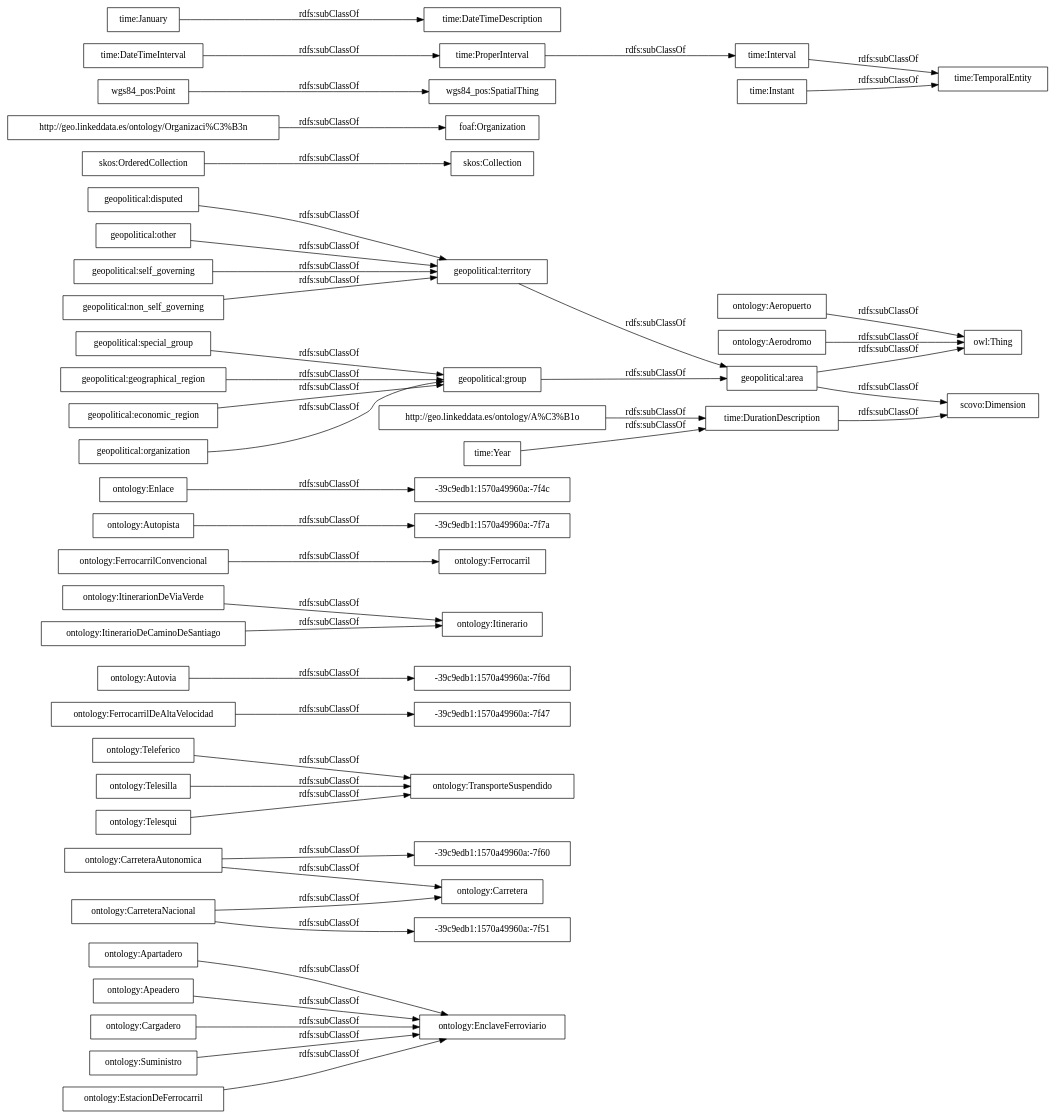
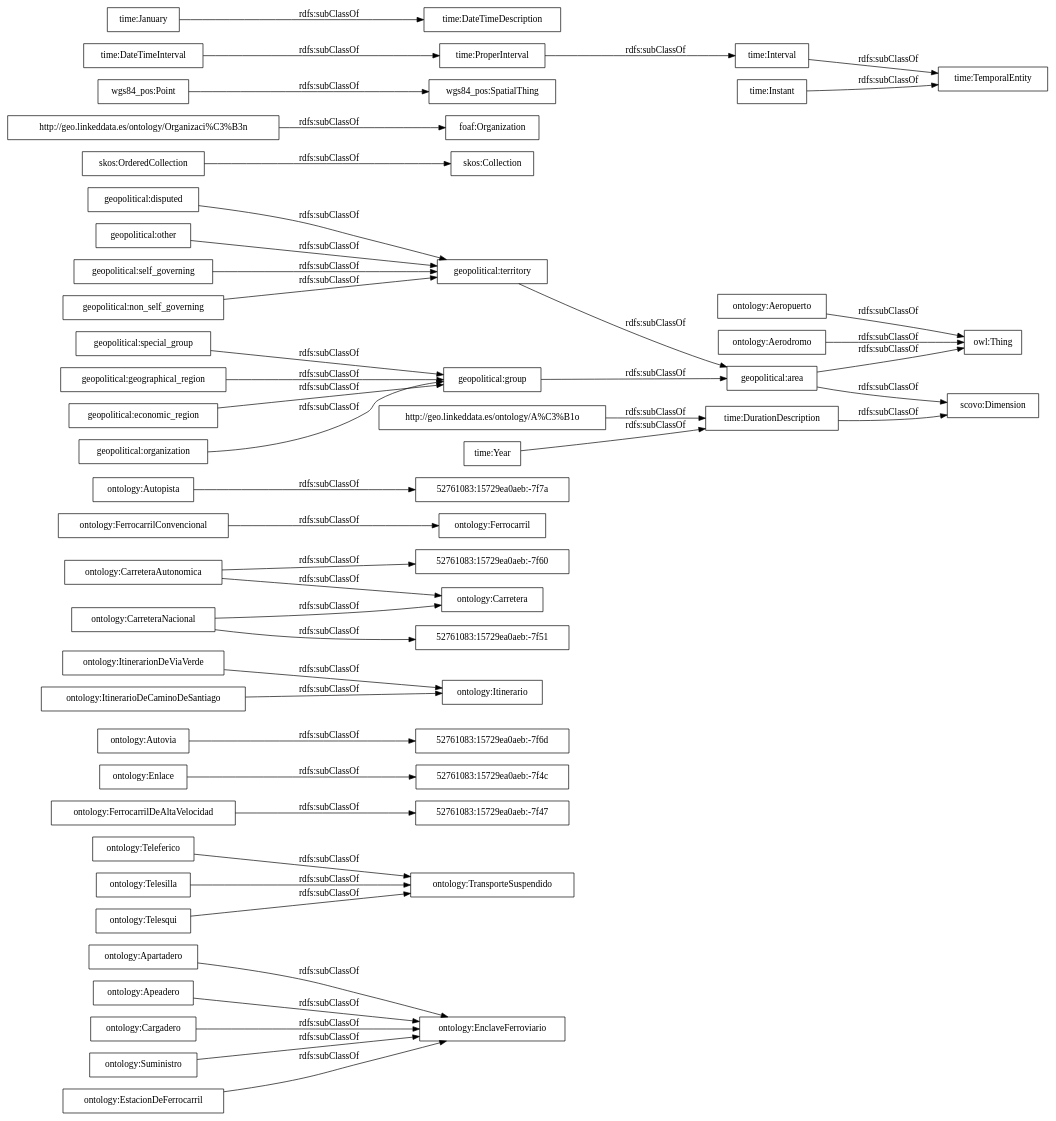
Before and after one commit to OnToologyUser/btn100-ontology: the diagram in OnToology/transports.owl/diagrams/ar2dtool-taxonomy/transports.owl.png.dot, drawn with Graphviz. The commit also changed 662 other files, not shown here.

```diff
--- a/OnToology/transports.owl/diagrams/ar2dtool-taxonomy/transports.owl.png.dot
+++ b/OnToology/transports.owl/diagrams/ar2dtool-taxonomy/transports.owl.png.dot
@@ -1,50 +1,50 @@
 digraph ar2dtool_diagram { 
 rankdir=LR;
 size="1000"
-node [shape = rectangle, color="black"]; "ontology:Apartadero" "-39c9edb1:1570a49960a:-7f60" "ontology:Teleferico" "ontology:Telesilla" "-39c9edb1:1570a49960a:-7f47" "ontology:FerrocarrilDeAltaVelocidad" "ontology:Apeadero" "ontology:Autovia" "-39c9edb1:1570a49960a:-7f6d" "ontology:EnclaveFerroviario" "ontology:TransporteSuspendido" "ontology:ItinerarionDeViaVerde" "ontology:Itinerario" "ontology:Ferrocarril" "ontology:CarreteraAutonomica" "-39c9edb1:1570a49960a:-7f51" "ontology:FerrocarrilConvencional" "ontology:ItinerarioDeCaminoDeSantiago" "ontology:Cargadero" "-39c9edb1:1570a49960a:-7f7a" "ontology:Enlace" "ontology:CarreteraNacional" "ontology:Telesqui" "ontology:Suministro" "-39c9edb1:1570a49960a:-7f4c" "ontology:Carretera" "ontology:EstacionDeFerrocarril" "ontology:Aerodromo" "owl:Thing" "ontology:Autopista" "ontology:Aeropuerto" "skos:OrderedCollection" "skos:Collection" "foaf:Organization" "time:DurationDescription" "wgs84_pos:SpatialThing" "scovo:Dimension" "http://geo.linkeddata.es/ontology/Organizaci%C3%B3n" "http://geo.linkeddata.es/ontology/A%C3%B1o" "geopolitical:territory" "geopolitical:area" "time:DateTimeInterval" "time:January" "time:ProperInterval" "time:Interval" "time:TemporalEntity" "time:Year" "time:DateTimeDescription" "time:Instant" "geopolitical:disputed" "geopolitical:special_group" "geopolitical:group" "geopolitical:geographical_region" "geopolitical:other" "geopolitical:economic_region" "geopolitical:self_governing" "geopolitical:non_self_governing" "geopolitical:organization" ; /*classes style*/
+node [shape = rectangle, color="black"]; "ontology:Apartadero" "ontology:Teleferico" "ontology:Telesilla" "52761083:15729ea0aeb:-7f47" "52761083:15729ea0aeb:-7f4c" "ontology:FerrocarrilDeAltaVelocidad" "ontology:Apeadero" "ontology:Autovia" "ontology:EnclaveFerroviario" "ontology:TransporteSuspendido" "ontology:ItinerarionDeViaVerde" "52761083:15729ea0aeb:-7f60" "ontology:Itinerario" "ontology:Ferrocarril" "52761083:15729ea0aeb:-7f6d" "ontology:CarreteraAutonomica" "52761083:15729ea0aeb:-7f51" "ontology:FerrocarrilConvencional" "ontology:ItinerarioDeCaminoDeSantiago" "ontology:Cargadero" "52761083:15729ea0aeb:-7f7a" "ontology:Enlace" "ontology:CarreteraNacional" "ontology:Telesqui" "ontology:Suministro" "ontology:Carretera" "ontology:EstacionDeFerrocarril" "ontology:Aerodromo" "owl:Thing" "ontology:Autopista" "ontology:Aeropuerto" "skos:OrderedCollection" "skos:Collection" "foaf:Organization" "time:DurationDescription" "wgs84_pos:SpatialThing" "scovo:Dimension" "http://geo.linkeddata.es/ontology/Organizaci%C3%B3n" "http://geo.linkeddata.es/ontology/A%C3%B1o" "geopolitical:territory" "geopolitical:area" "time:DateTimeInterval" "time:January" "time:ProperInterval" "time:Interval" "time:TemporalEntity" "time:Year" "time:DateTimeDescription" "time:Instant" "geopolitical:disputed" "geopolitical:special_group" "geopolitical:group" "geopolitical:geographical_region" "geopolitical:other" "geopolitical:economic_region" "geopolitical:self_governing" "geopolitical:non_self_governing" "geopolitical:organization" ; /*classes style*/
 	"geopolitical:special_group" -> "geopolitical:group" [ label = "rdfs:subClassOf" ];
 	"ontology:ItinerarioDeCaminoDeSantiago" -> "ontology:Itinerario" [ label = "rdfs:subClassOf" ];
 	"time:Instant" -> "time:TemporalEntity" [ label = "rdfs:subClassOf" ];
 	"ontology:EstacionDeFerrocarril" -> "ontology:EnclaveFerroviario" [ label = "rdfs:subClassOf" ];
-	"ontology:Autovia" -> "-39c9edb1:1570a49960a:-7f6d" [ label = "rdfs:subClassOf" ];
+	"ontology:Autovia" -> "52761083:15729ea0aeb:-7f6d" [ label = "rdfs:subClassOf" ];
 	"geopolitical:area" -> "scovo:Dimension" [ label = "rdfs:subClassOf" ];
 	"geopolitical:area" -> "owl:Thing" [ label = "rdfs:subClassOf" ];
 	"ontology:Apartadero" -> "ontology:EnclaveFerroviario" [ label = "rdfs:subClassOf" ];
 	"geopolitical:organization" -> "geopolitical:group" [ label = "rdfs:subClassOf" ];
 	"time:ProperInterval" -> "time:Interval" [ label = "rdfs:subClassOf" ];
 	"ontology:FerrocarrilConvencional" -> "ontology:Ferrocarril" [ label = "rdfs:subClassOf" ];
 	"wgs84_pos:Point" -> "wgs84_pos:SpatialThing" [ label = "rdfs:subClassOf" ];
 	"geopolitical:group" -> "geopolitical:area" [ label = "rdfs:subClassOf" ];
 	"geopolitical:disputed" -> "geopolitical:territory" [ label = "rdfs:subClassOf" ];
 	"http://geo.linkeddata.es/ontology/A%C3%B1o" -> "time:DurationDescription" [ label = "rdfs:subClassOf" ];
 	"geopolitical:other" -> "geopolitical:territory" [ label = "rdfs:subClassOf" ];
-	"ontology:Enlace" -> "-39c9edb1:1570a49960a:-7f4c" [ label = "rdfs:subClassOf" ];
-	"ontology:Autopista" -> "-39c9edb1:1570a49960a:-7f7a" [ label = "rdfs:subClassOf" ];
+	"ontology:Enlace" -> "52761083:15729ea0aeb:-7f4c" [ label = "rdfs:subClassOf" ];
+	"ontology:Autopista" -> "52761083:15729ea0aeb:-7f7a" [ label = "rdfs:subClassOf" ];
 	"geopolitical:non_self_governing" -> "geopolitical:territory" [ label = "rdfs:subClassOf" ];
 	"geopolitical:geographical_region" -> "geopolitical:group" [ label = "rdfs:subClassOf" ];
 	"ontology:Teleferico" -> "ontology:TransporteSuspendido" [ label = "rdfs:subClassOf" ];
 	"ontology:Telesqui" -> "ontology:TransporteSuspendido" [ label = "rdfs:subClassOf" ];
 	"ontology:Apeadero" -> "ontology:EnclaveFerroviario" [ label = "rdfs:subClassOf" ];
 	"skos:OrderedCollection" -> "skos:Collection" [ label = "rdfs:subClassOf" ];
 	"geopolitical:self_governing" -> "geopolitical:territory" [ label = "rdfs:subClassOf" ];
 	"ontology:Aerodromo" -> "owl:Thing" [ label = "rdfs:subClassOf" ];
 	"geopolitical:territory" -> "geopolitical:area" [ label = "rdfs:subClassOf" ];
-	"ontology:CarreteraAutonomica" -> "-39c9edb1:1570a49960a:-7f60" [ label = "rdfs:subClassOf" ];
+	"ontology:CarreteraAutonomica" -> "52761083:15729ea0aeb:-7f60" [ label = "rdfs:subClassOf" ];
 	"ontology:CarreteraAutonomica" -> "ontology:Carretera" [ label = "rdfs:subClassOf" ];
-	"ontology:FerrocarrilDeAltaVelocidad" -> "-39c9edb1:1570a49960a:-7f47" [ label = "rdfs:subClassOf" ];
+	"ontology:FerrocarrilDeAltaVelocidad" -> "52761083:15729ea0aeb:-7f47" [ label = "rdfs:subClassOf" ];
 	"http://geo.linkeddata.es/ontology/Organizaci%C3%B3n" -> "foaf:Organization" [ label = "rdfs:subClassOf" ];
 	"ontology:Telesilla" -> "ontology:TransporteSuspendido" [ label = "rdfs:subClassOf" ];
 	"ontology:ItinerarionDeViaVerde" -> "ontology:Itinerario" [ label = "rdfs:subClassOf" ];
 	"ontology:Aeropuerto" -> "owl:Thing" [ label = "rdfs:subClassOf" ];
 	"time:DateTimeInterval" -> "time:ProperInterval" [ label = "rdfs:subClassOf" ];
 	"ontology:Cargadero" -> "ontology:EnclaveFerroviario" [ label = "rdfs:subClassOf" ];
 	"ontology:Suministro" -> "ontology:EnclaveFerroviario" [ label = "rdfs:subClassOf" ];
 	"time:Interval" -> "time:TemporalEntity" [ label = "rdfs:subClassOf" ];
 	"time:January" -> "time:DateTimeDescription" [ label = "rdfs:subClassOf" ];
-	"ontology:CarreteraNacional" -> "-39c9edb1:1570a49960a:-7f51" [ label = "rdfs:subClassOf" ];
+	"ontology:CarreteraNacional" -> "52761083:15729ea0aeb:-7f51" [ label = "rdfs:subClassOf" ];
 	"ontology:CarreteraNacional" -> "ontology:Carretera" [ label = "rdfs:subClassOf" ];
 	"time:Year" -> "time:DurationDescription" [ label = "rdfs:subClassOf" ];
 	"time:DurationDescription" -> "scovo:Dimension" [ label = "rdfs:subClassOf" ];
 	"geopolitical:economic_region" -> "geopolitical:group" [ label = "rdfs:subClassOf" ];
 
 }
```
